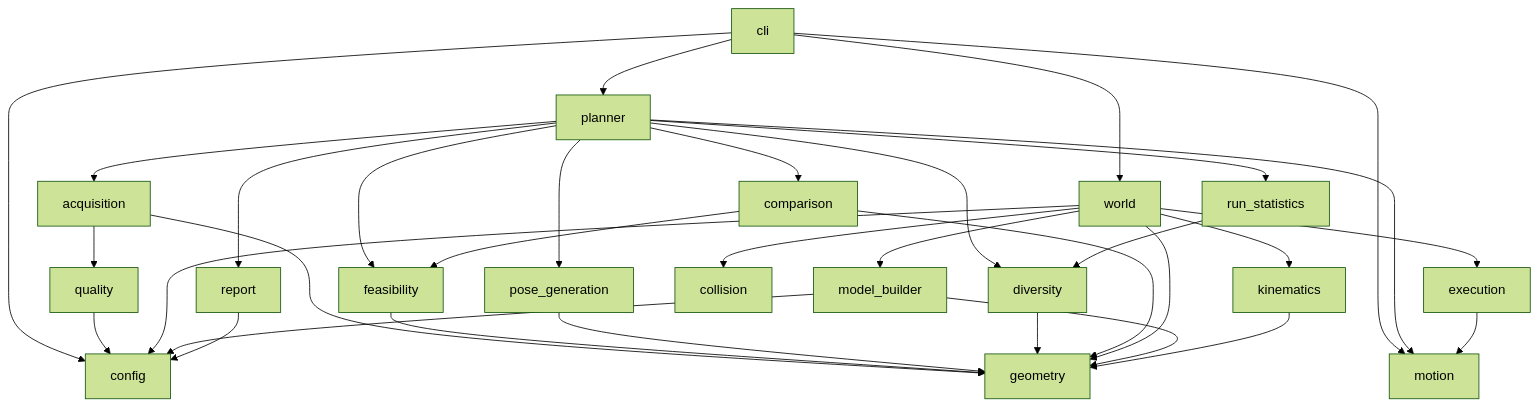
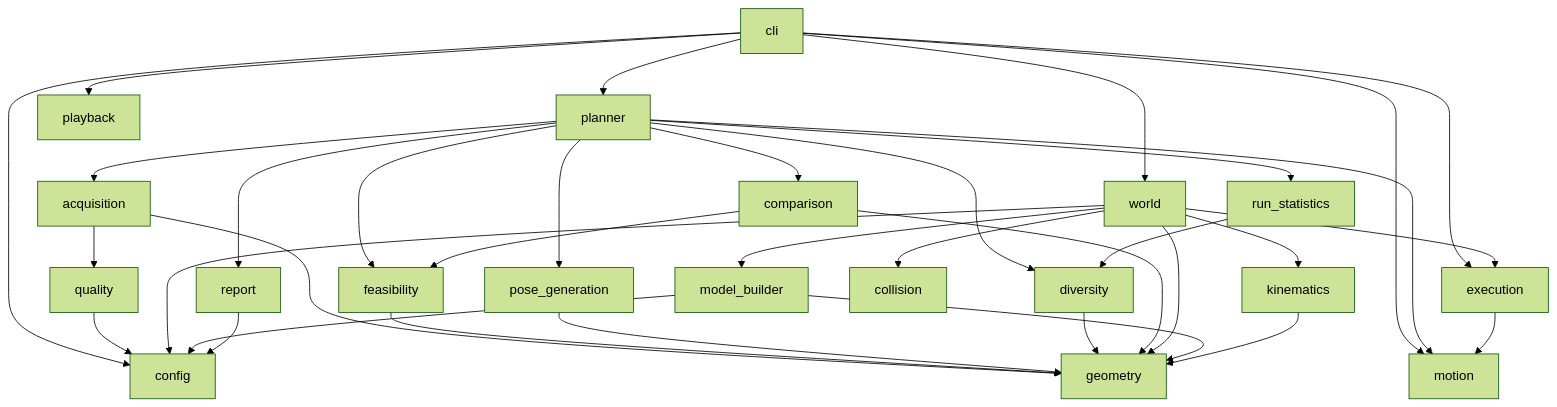
One commit to weimin77/viewpoint_sim changed the first of 2 diagrams in docs/simulation_architecture.md. Above: the diagram before and after it, drawn with Mermaid (forest theme). The commit also changed other lines of this file and 9 other files, not shown here.

````diff
--- a/docs/simulation_architecture.md
+++ b/docs/simulation_architecture.md
@@ -65,38 +66,40 @@
 ```mermaid
 graph TD
     cli[cli] --> config[config]
     cli --> world[world]
     cli --> planner[planner]
     cli --> motion[motion]
+    cli --> playback[playback]
+    cli --> execution[execution]
 
     planner --> acquisition[acquisition]
     planner --> feasibility[feasibility]
     planner --> diversity[diversity]
     planner --> pose_generation[pose_generation]
     planner --> motion
     planner --> comparison[comparison]
     planner --> report[report]
     planner --> run_statistics[run_statistics]
 
     acquisition --> quality[quality]
     acquisition --> geometry[geometry]
     feasibility --> geometry
     pose_generation --> geometry
     diversity --> geometry
     run_statistics --> diversity
     quality --> config
     comparison --> feasibility
     comparison --> geometry
 
     world --> config
     world --> kinematics[kinematics]
     world --> model_builder[model_builder]
     world --> collision[collision]
     world --> execution[execution]
     world --> geometry
     execution --> motion
     model_builder --> config
     model_builder --> geometry
     kinematics --> geometry
     report --> config
 ```
````
